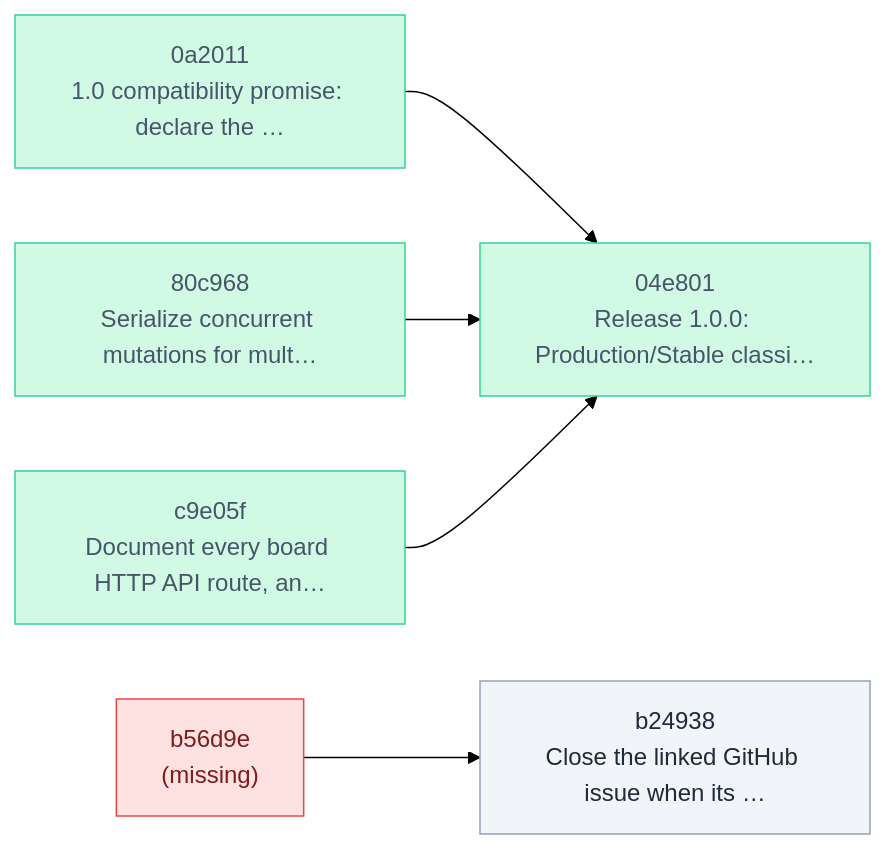
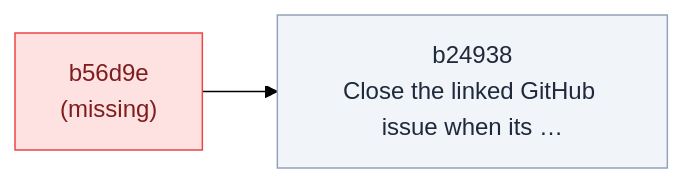
Before and after one commit to Vitund-AI/skald: the diagram in .skald/README.md, drawn with Mermaid (forest theme). The commit also changed other lines of this file and 5 other files, not shown here.

````diff
--- a/.skald/README.md
+++ b/.skald/README.md
@@ -24,19 +24,10 @@
 ```mermaid
 flowchart LR
-    n_04e801["04e801<br/>Release 1.0.0: Production/Stable classi…"]
-    n_0a2011["0a2011<br/>1.0 compatibility promise: declare the …"]
-    n_80c968["80c968<br/>Serialize concurrent mutations for mult…"]
     n_b24938["b24938<br/>Close the linked GitHub issue when its …"]
     n_b56d9e["b56d9e<br/>(missing)"]
-    n_c9e05f["c9e05f<br/>Document every board HTTP API route, an…"]
     n_b56d9e --> n_b24938
-    n_0a2011 --> n_04e801
-    n_80c968 --> n_04e801
-    n_c9e05f --> n_04e801
     classDef backlog fill:#f1f5f9,stroke:#94a3b8,color:#1e293b
-    classDef done fill:#d1fae5,stroke:#34d399,color:#475569
     classDef unknown fill:#fee2e2,stroke:#ef4444,color:#7f1d1d
     class n_b24938 backlog
-    class n_04e801,n_0a2011,n_80c968,n_c9e05f done
     class n_b56d9e unknown
 ```
````
